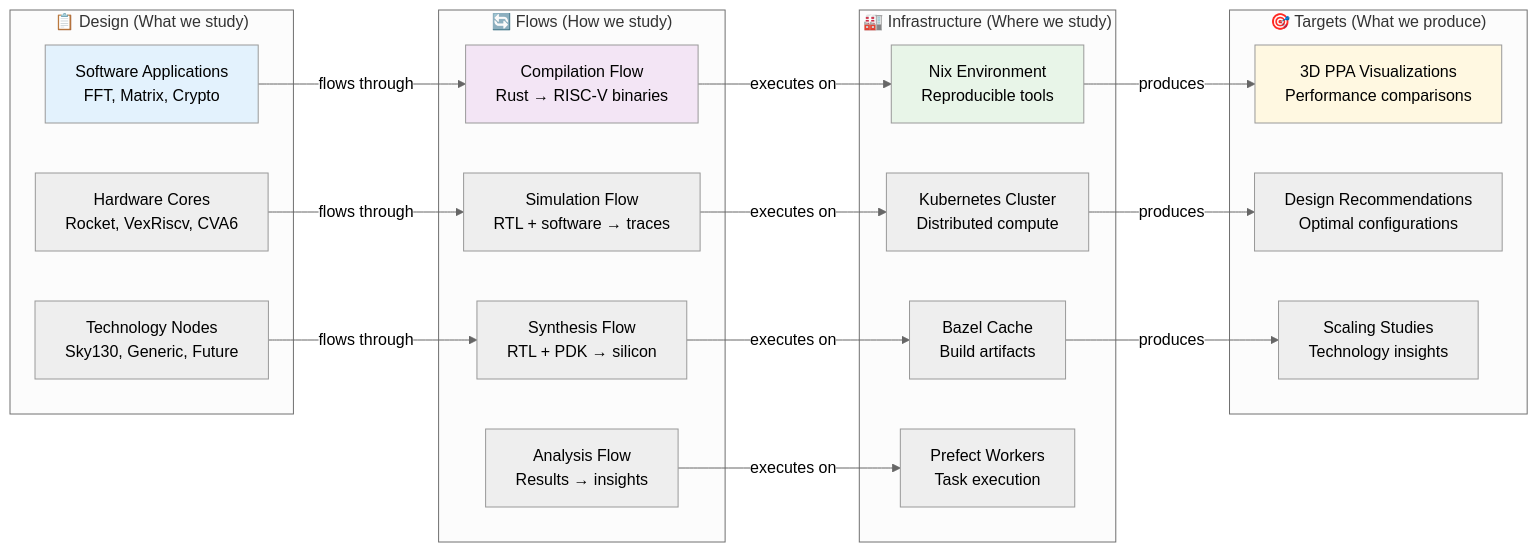
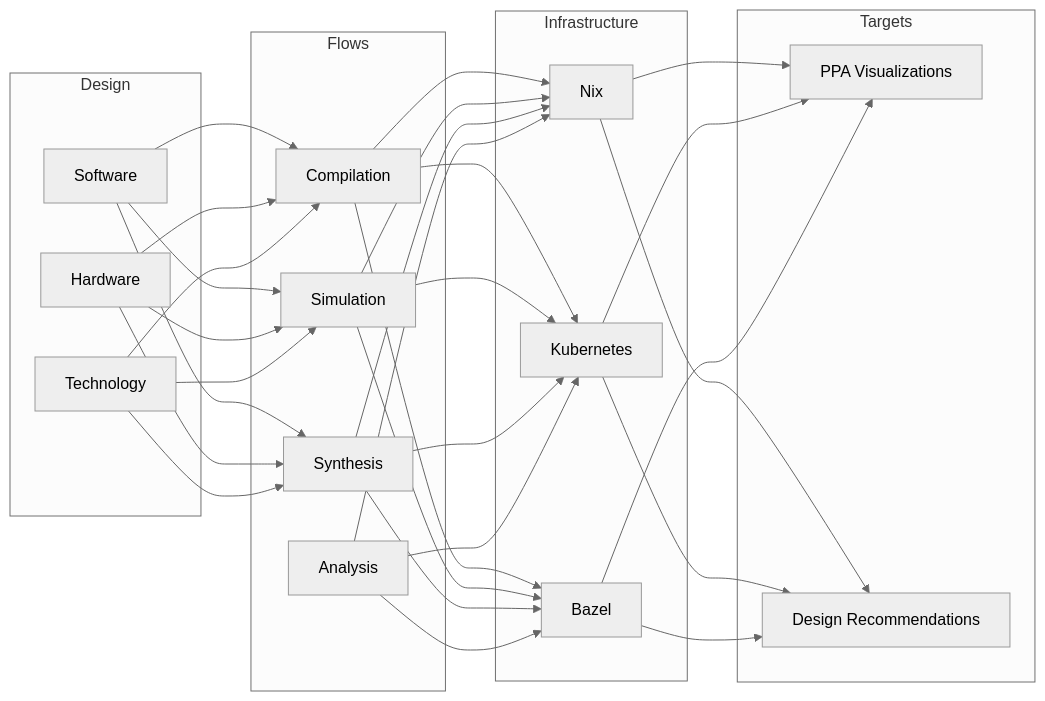
The first of 7 diagrams in README.md (monib-intel/riscv-sde), drawn with Mermaid (neutral theme) before and after one commit. The commit also changed other lines of this file, not shown here.

````diff
--- a/README.md
+++ b/README.md
@@ -63,46 +63,30 @@
 ```mermaid
 graph LR
-    subgraph "📋 Design (What we study)"
-        D1[Software Applications<br/>FFT, Matrix, Crypto]
-        D2[Hardware Cores<br/>Rocket, VexRiscv, CVA6]
-        D3[Technology Nodes<br/>Sky130, Generic, Future]
+    subgraph "Design"
+        D1[Software]
+        D2[Hardware]
+        D3[Technology]
     end
     
-    subgraph "🔄 Flows (How we study)"
-        F1[Compilation Flow<br/>Rust → RISC-V binaries]
-        F2[Simulation Flow<br/>RTL + software → traces]
-        F3[Synthesis Flow<br/>RTL + PDK → silicon]
-        F4[Analysis Flow<br/>Results → insights]
+    subgraph "Flows"
+        F1[Compilation]
+        F2[Simulation]
+        F3[Synthesis]
+        F4[Analysis]
     end
     
-    subgraph "🏭 Infrastructure (Where we study)"
-        I1[Nix Environment<br/>Reproducible tools]
-        I2[Kubernetes Cluster<br/>Distributed compute]
-        I3[Bazel Cache<br/>Build artifacts]
-        I4[Prefect Workers<br/>Task execution]
+    subgraph "Infrastructure"
+        I1[Nix]
+        I2[Kubernetes]
+        I3[Bazel]
     end
     
-    subgraph "🎯 Targets (What we produce)"
-        T1[3D PPA Visualizations<br/>Performance comparisons]
-        T2[Design Recommendations<br/>Optimal configurations]
-        T3[Scaling Studies<br/>Technology insights]
+    subgraph "Targets"
+        T1[PPA Visualizations]
+        T2[Design Recommendations]
     end
     
-    D1 -->|flows through| F1
-    D2 -->|flows through| F2
-    D3 -->|flows through| F3
-    
-    F1 -->|executes on| I1
-    F2 -->|executes on| I2
-    F3 -->|executes on| I3
-    F4 -->|executes on| I4
-    
-    I1 -->|produces| T1
-    I2 -->|produces| T2
-    I3 -->|produces| T3
-    
-    style D1 fill:#e3f2fd
-    style F1 fill:#f3e5f5
-    style I1 fill:#e8f5e8
-    style T1 fill:#fff8e1
+    D1 & D2 & D3 --> F1 & F2 & F3
+    F1 & F2 & F3 & F4 --> I1 & I2 & I3
+    I1 & I2 & I3 --> T1 & T2
 ```
````
